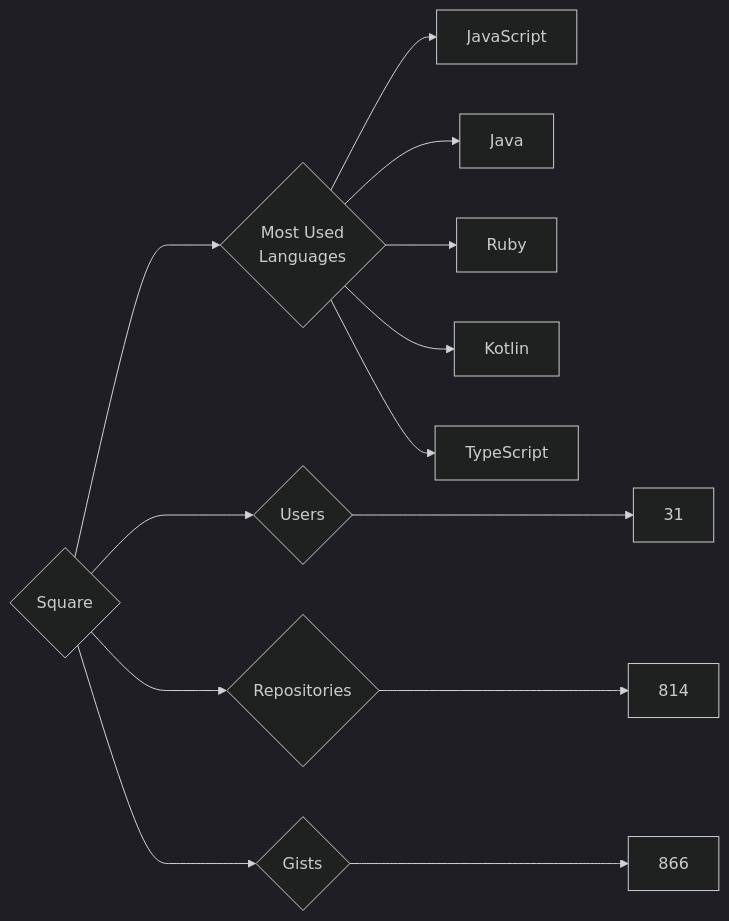
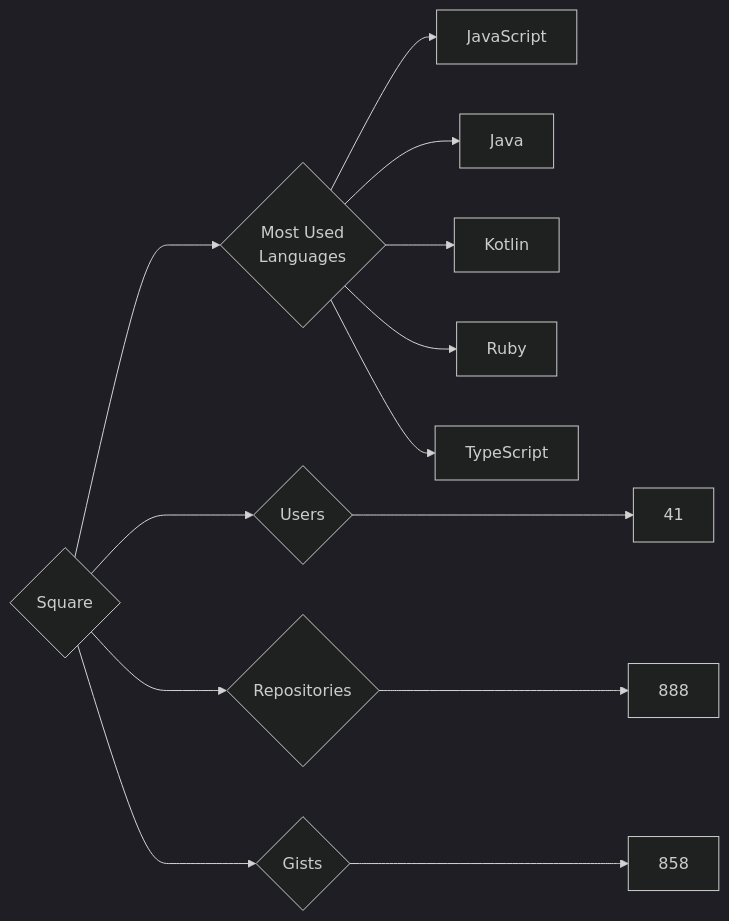
The diagram in targets/Square/README.md (trickest/insiders), drawn with Mermaid (dark theme) before and after one commit. The commit also changed 898 other files, not shown here.

````diff
--- a/targets/Square/README.md
+++ b/targets/Square/README.md
@@ -3,13 +3,13 @@
 ```mermaid
 graph LR
 COMPANY_NAME{Square}
-COMPANY_NAME ---> U{Users} ---> UN[31]
-COMPANY_NAME ---> R{Repositories} ---> RN[814]
-COMPANY_NAME ---> G{Gists} ---> GN[866]
+COMPANY_NAME ---> U{Users} ---> UN[41]
+COMPANY_NAME ---> R{Repositories} ---> RN[888]
+COMPANY_NAME ---> G{Gists} ---> GN[858]
 COMPANY_NAME ---> ML{Most Used<br>Languages}
 ML --> JavaScript[JavaScript]
 ML --> Java[Java]
+ML --> Kotlin[Kotlin]
 ML --> Ruby[Ruby]
-ML --> Kotlin[Kotlin]
 ML --> TypeScript[TypeScript]
 ```
````
